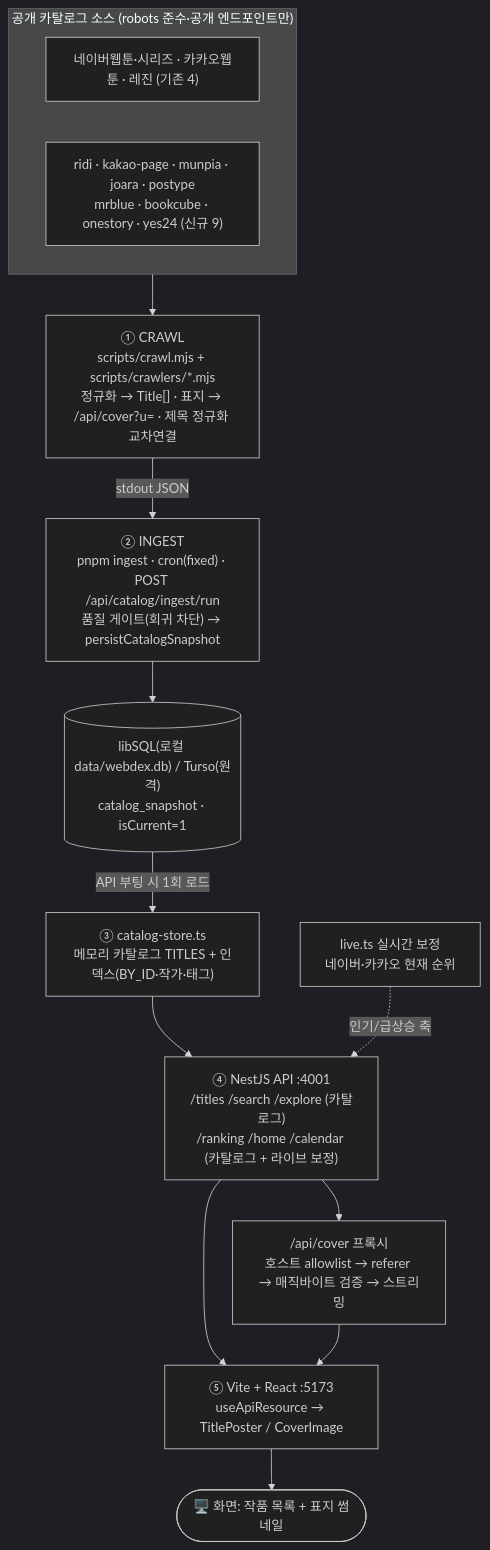
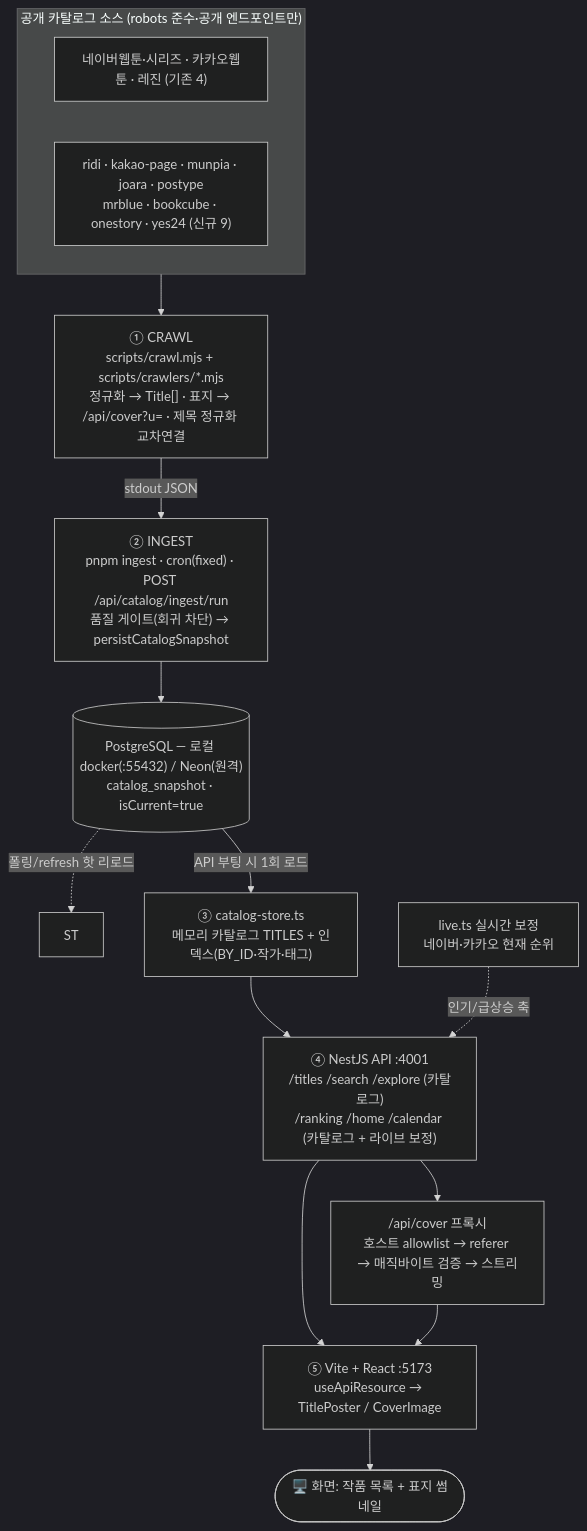
The diagram in docs/data-pipeline.md (blue45f/toonspectrum), drawn with Mermaid (dark theme) before and after one commit. The commit also changed other lines of this file and 17 other files, not shown here.

First line of the commit message:
feat: migrate DB to PostgreSQL/Neon + hot-reload data refresh

````diff
--- a/docs/data-pipeline.md
+++ b/docs/data-pipeline.md
@@ -9,18 +9,19 @@
 ```mermaid
 flowchart TD
     subgraph SRC["공개 카탈로그 소스 (robots 준수·공개 엔드포인트만)"]
       A["네이버웹툰·시리즈 · 카카오웹툰 · 레진 (기존 4)"]
       B["ridi · kakao-page · munpia · joara · postype<br/>mrblue · bookcube · onestory · yes24 (신규 9)"]
     end
 
     SRC --> C["① CRAWL<br/>scripts/crawl.mjs + scripts/crawlers/*.mjs<br/>정규화 → Title[] · 표지 → /api/cover?u= · 제목 정규화 교차연결"]
     C -->|stdout JSON| D["② INGEST<br/>pnpm ingest · cron(fixed) · POST /api/catalog/ingest/run<br/>품질 게이트(회귀 차단) → persistCatalogSnapshot"]
-    D --> DB[("libSQL(로컬 data/webdex.db) / Turso(원격)<br/>catalog_snapshot · isCurrent=1")]
+    D --> DB[("PostgreSQL — 로컬 docker(:55432) / Neon(원격)<br/>catalog_snapshot · isCurrent=true")]
+    DB -. 폴링/refresh 핫 리로드 .-> ST
     DB -->|API 부팅 시 1회 로드| E["③ catalog-store.ts<br/>메모리 카탈로그 TITLES + 인덱스(BY_ID·작가·태그)"]
     E --> F["④ NestJS API :4001<br/>/titles /search /explore (카탈로그)<br/>/ranking /home /calendar (카탈로그 + 라이브 보정)"]
     LIVE["live.ts 실시간 보정<br/>네이버·카카오 현재 순위"] -. 인기/급상승 축 .-> F
     F --> G["⑤ Vite + React :5173<br/>useApiResource → TitlePoster / CoverImage"]
     F --> COV["/api/cover 프록시<br/>호스트 allowlist → referer → 매직바이트 검증 → 스트리밍"]
     COV --> G
     G --> SCREEN(["🖥️ 화면: 작품 목록 + 표지 썸네일"])
 ```
````
